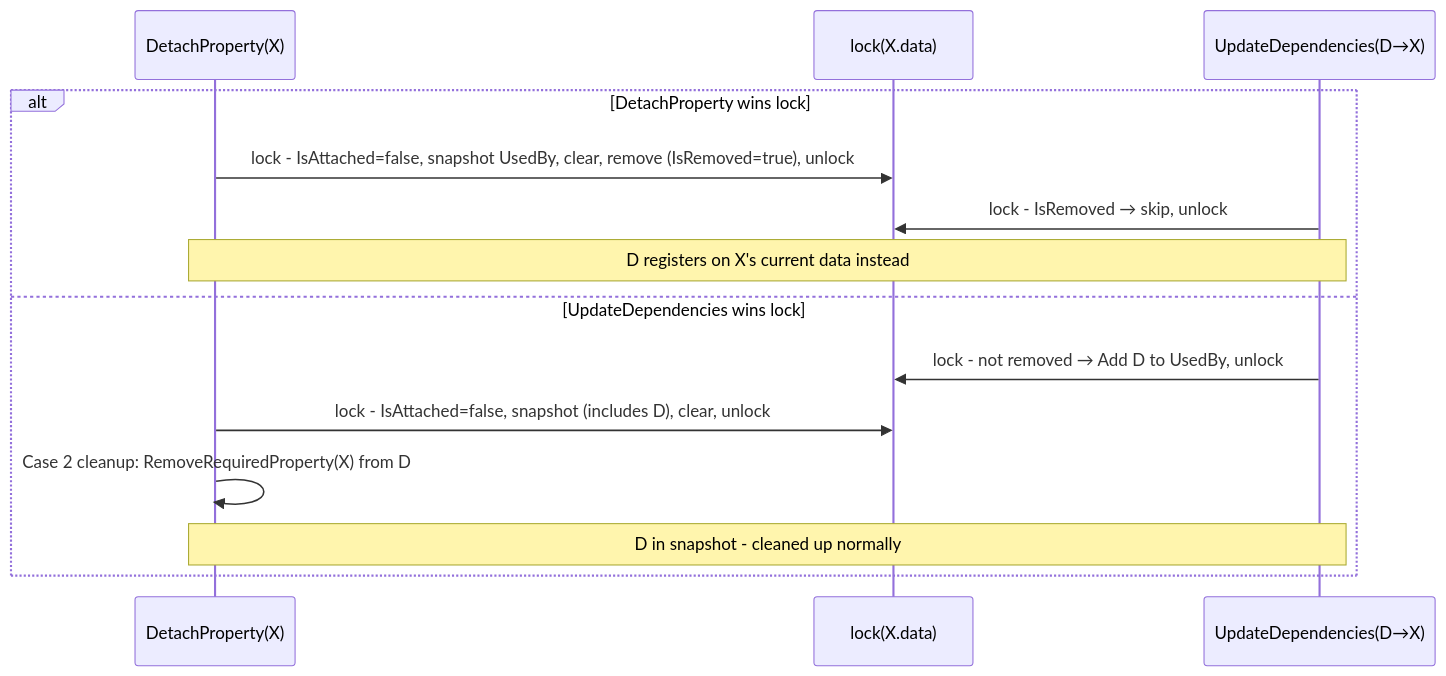
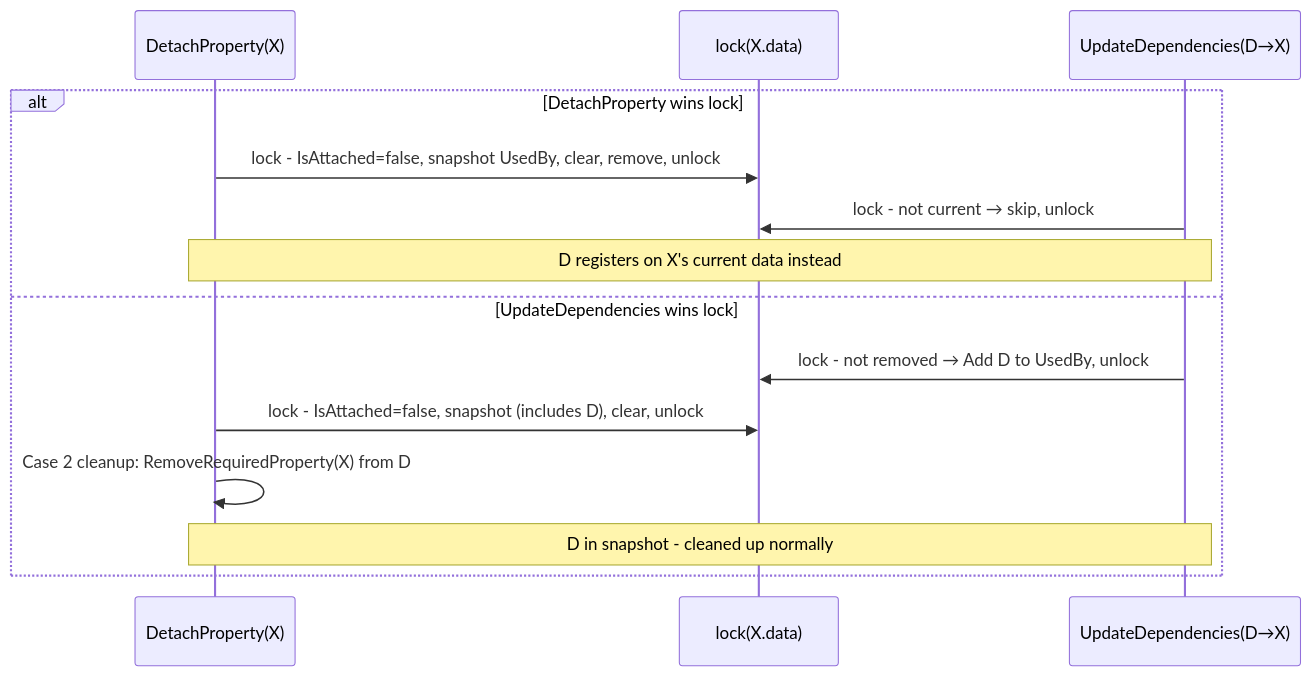
One commit to RicoSuter/Namotion.Interceptor changed the seventh of 7 diagrams in docs/design/tracking-derived-properties.md. Above: the diagram before and after it, drawn with Mermaid. The commit also changed other lines of this file and 3 other files, not shown here.

````diff
--- a/docs/design/tracking-derived-properties.md
+++ b/docs/design/tracking-derived-properties.md
@@ -581,17 +580,17 @@
 ```mermaid
 sequenceDiagram
     participant Det as DetachProperty(X)
     participant XD as lock(X.data)
     participant Upd as UpdateDependencies(D→X)
 
     alt DetachProperty wins lock
-        Det->>XD: lock - IsAttached=false, snapshot UsedBy, clear, remove (IsRemoved=true), unlock
-        Upd->>XD: lock - IsRemoved → skip, unlock
+        Det->>XD: lock - IsAttached=false, snapshot UsedBy, clear, remove, unlock
+        Upd->>XD: lock - not current → skip, unlock
         Note over Det,Upd: D registers on X's current data instead
     else UpdateDependencies wins lock
         Upd->>XD: lock - not removed → Add D to UsedBy, unlock
         Det->>XD: lock - IsAttached=false, snapshot (includes D), clear, unlock
         Det->>Det: Case 2 cleanup: RemoveRequiredProperty(X) from D
         Note over Det,Upd: D in snapshot - cleaned up normally
     end
 ```
````
